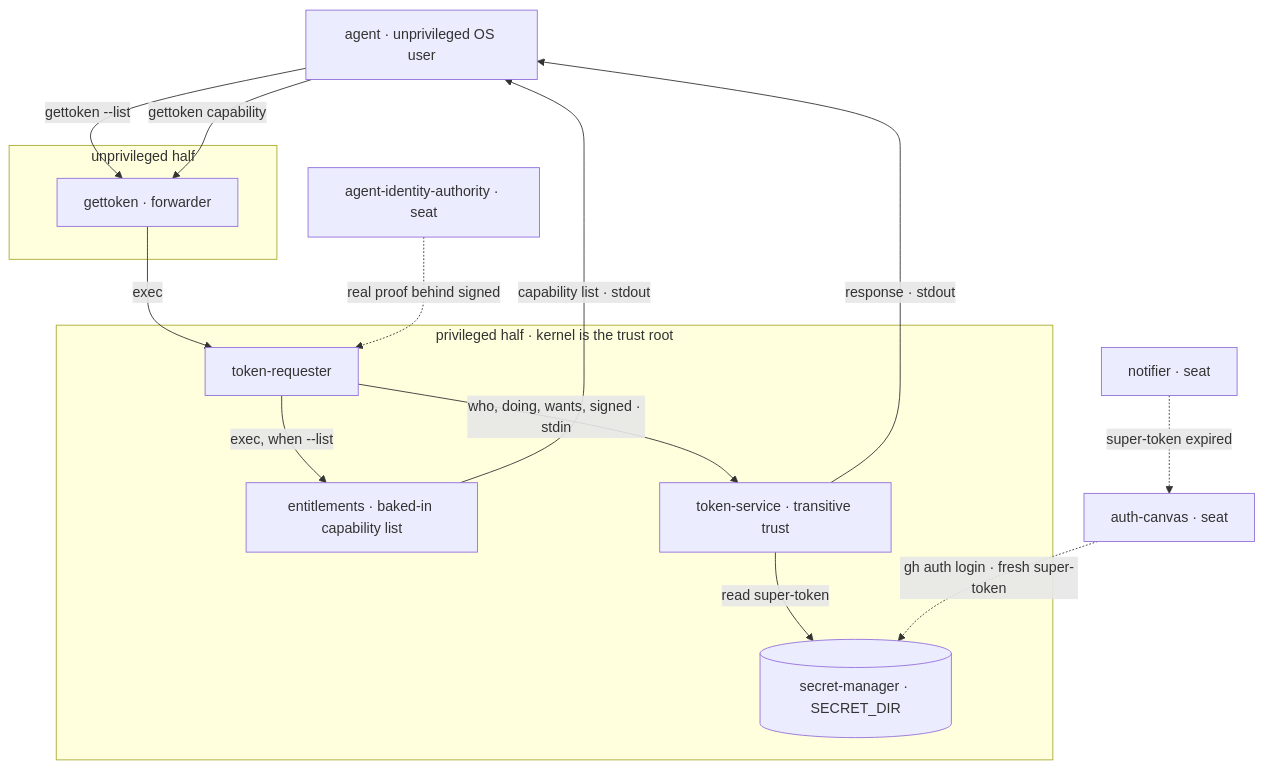
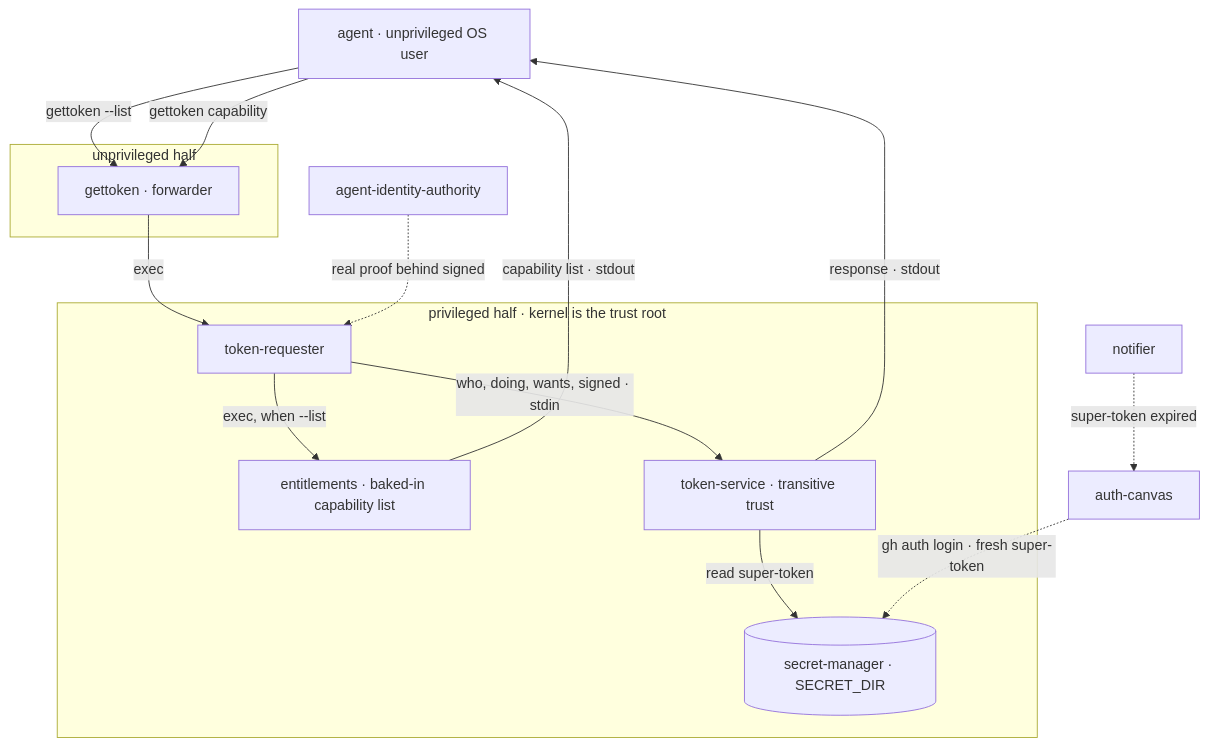
Before and after one commit to thruput-io/gettoken: the first of 2 diagrams in README.md, drawn with Mermaid. The commit also changed other lines of this file, not shown here.

````diff
--- a/README.md
+++ b/README.md
@@ -51,28 +50,28 @@
 ```mermaid
 flowchart TD
   AG["agent · unprivileged OS user"]
 
   subgraph UNPRIV["unprivileged half"]
     GT["gettoken · forwarder"]
   end
 
   subgraph PRIV["privileged half · kernel is the trust root"]
     TR["token-requester"]
     EN["entitlements · baked-in capability list"]
     TS["token-service · transitive trust"]
     SM[("secret-manager · SECRET_DIR")]
   end
 
   AG -->|"gettoken --list"| GT
   AG -->|"gettoken capability"| GT
   GT -->|"exec"| TR
   TR -->|"exec, when --list"| EN
   TR -->|"who, doing, wants, signed · stdin"| TS
   TS -->|"read super-token"| SM
   EN -->|"capability list · stdout"| AG
   TS -->|"response · stdout"| AG
 
-  NF["notifier · seat"] -.->|"super-token expired"| AC["auth-canvas · seat"]
+  NF["notifier"] -.->|"super-token expired"| AC["auth-canvas"]
   AC -.->|"gh auth login · fresh super-token"| SM
-  AIA["agent-identity-authority · seat"] -.->|"real proof behind signed"| TR
+  AIA["agent-identity-authority"] -.->|"real proof behind signed"| TR
 ```
````
